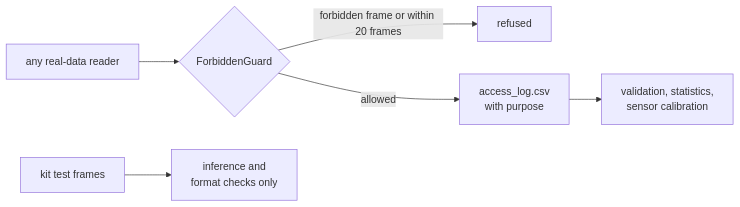
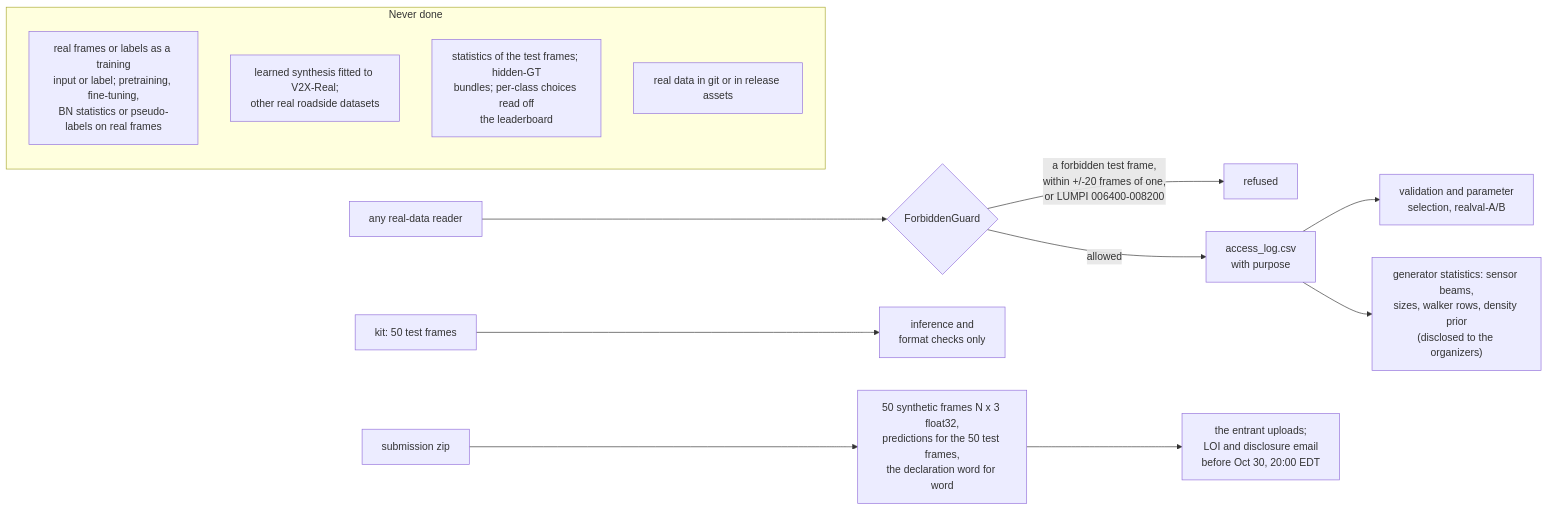
Before and after one commit to karmarv/utsim2real-bdc26: the third of 3 diagrams in README.md, drawn with Mermaid. The commit also changed other lines of this file and 12 other files, not shown here.

````diff
--- a/README.md
+++ b/README.md
@@ -99,7 +111,17 @@
 ```mermaid
 flowchart LR
-  RD[any real-data reader] --> GD{ForbiddenGuard}
-  GD -- forbidden frame or within 20 frames --> X[refused]
-  GD -- allowed --> LOG[access_log.csv<br/>with purpose] --> USE[validation, statistics,<br/>sensor calibration]
-  KITF[kit test frames] --> ONLY[inference and<br/>format checks only]
+  RD["any real-data reader"] --> GD{"ForbiddenGuard"}
+  GD -->|"a forbidden test frame,<br/>within +/-20 frames of one,<br/>or LUMPI 006400-008200"| X["refused"]
+  GD -->|allowed| LOG["access_log.csv<br/>with purpose"]
+  LOG --> VAL["validation and parameter<br/>selection, realval-A/B"]
+  LOG --> STAT["generator statistics: sensor beams,<br/>sizes, walker rows, density prior<br/>(disclosed to the organizers)"]
+  KITF["kit: 50 test frames"] --> ONLY["inference and<br/>format checks only"]
+  ZIP["submission zip"] --> DECL["50 synthetic frames N x 3 float32,<br/>predictions for the 50 test frames,<br/>the declaration word for word"]
+  DECL --> ENT["the entrant uploads;<br/>LOI and disclosure email<br/>before Oct 30, 20:00 EDT"]
+  subgraph NEVER["Never done"]
+    N1["real frames or labels as a training<br/>input or label; pretraining, fine-tuning,<br/>BN statistics or pseudo-labels on real frames"]
+    N2["learned synthesis fitted to V2X-Real;<br/>other real roadside datasets"]
+    N3["statistics of the test frames; hidden-GT<br/>bundles; per-class choices read off<br/>the leaderboard"]
+    N4["real data in git or in release assets"]
+  end
 ```
````
